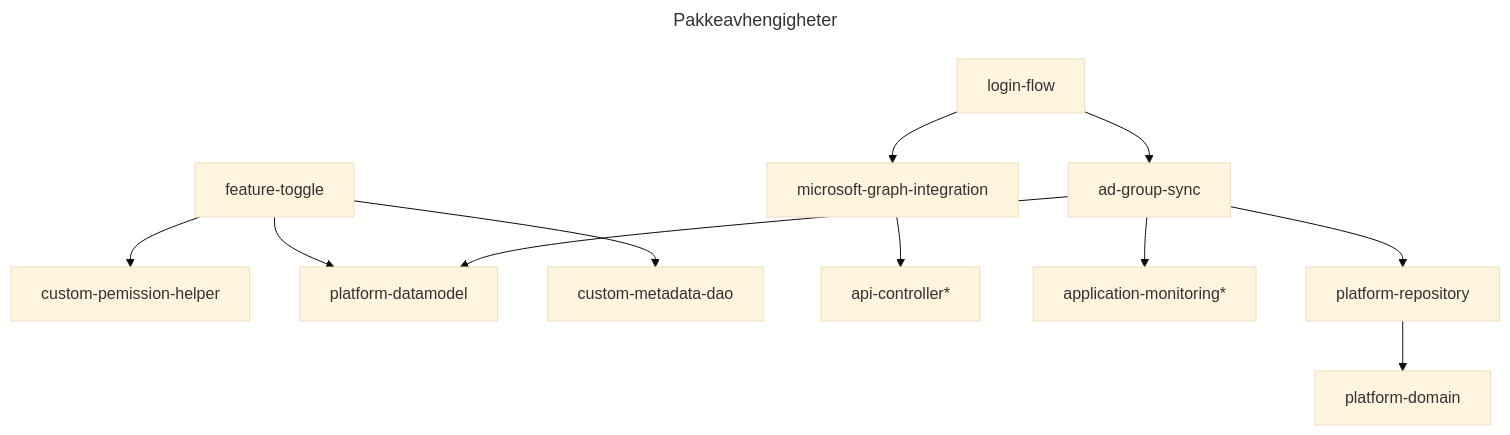
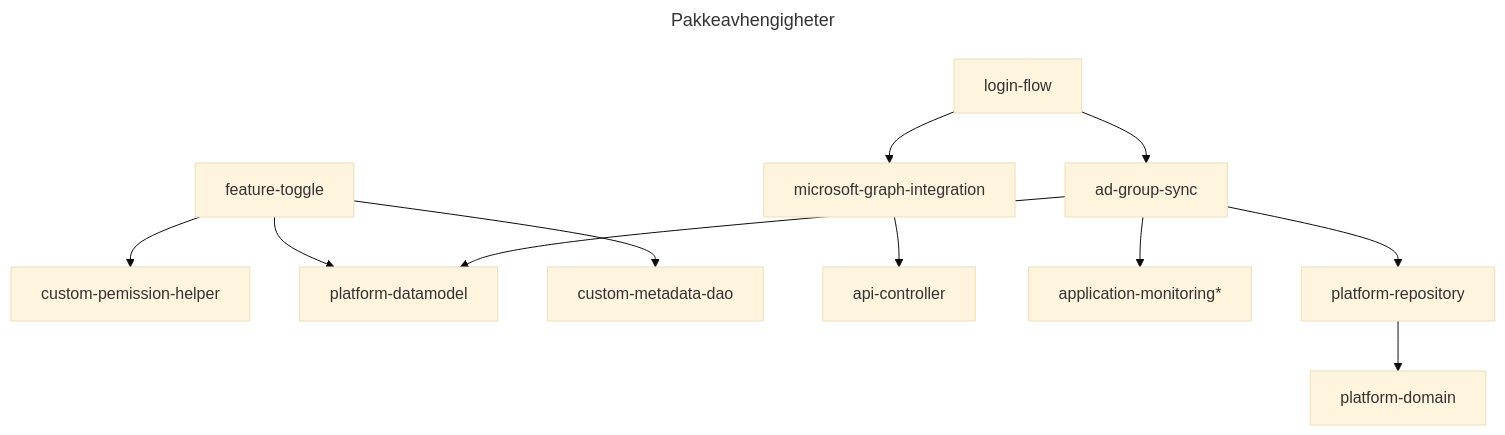
One commit to navikt/sf-platform changed the diagram in README.md. Above: the diagram before and after it, drawn with Mermaid (base theme). The commit also changed other lines of this file and 1 other file, not shown here.

Commit message:
Update package dependencies

````diff
--- a/README.md
+++ b/README.md
@@ -22,18 +22,18 @@
 ```mermaid
 ---
 title: Pakkeavhengigheter
 ---
 graph TD
     custom-pemission-helper
     feature-toggle --> platform-datamodel;
     feature-toggle --> custom-metadata-dao;
     feature-toggle --> custom-pemission-helper;
     login-flow
     login-flow --> ad-group-sync;
     login-flow --> microsoft-graph-integration;
-    microsoft-graph-integration --> api-controller*
+    microsoft-graph-integration --> api-controller;
     ad-group-sync --> platform-datamodel;
     ad-group-sync --> application-monitoring*;
     ad-group-sync --> platform-repository;
     platform-repository --> platform-domain;
 ```
````
